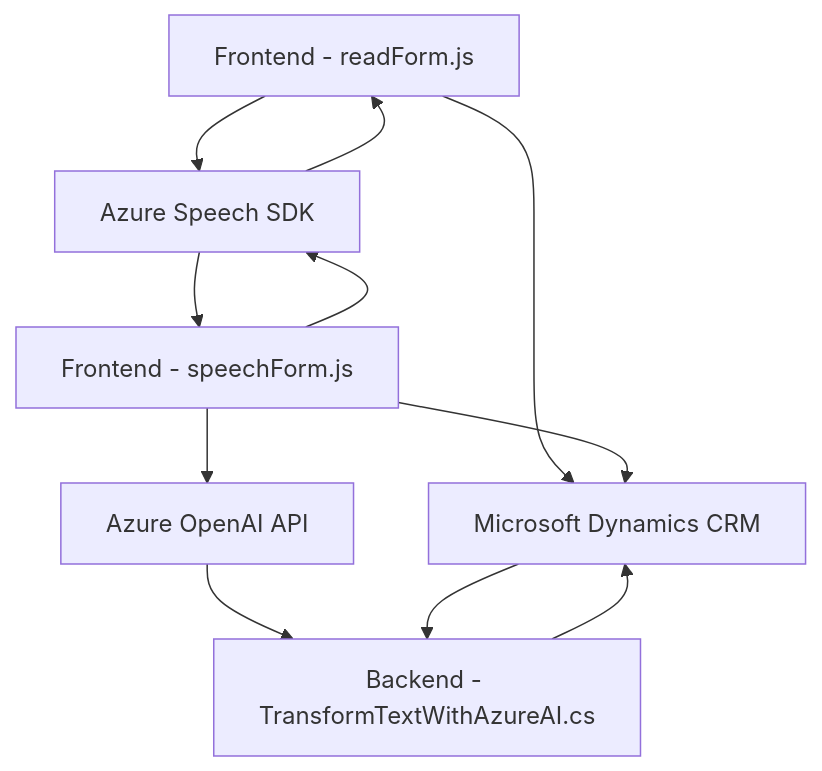
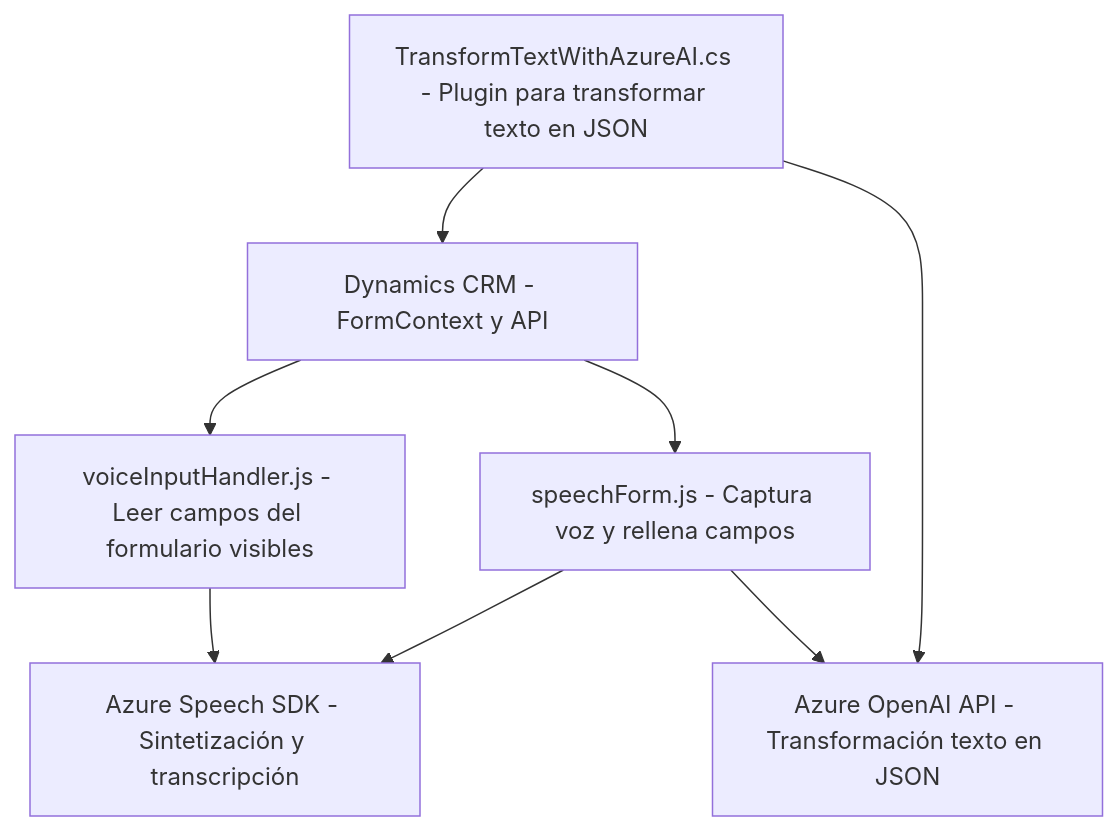
Before and after one commit to blopezdm/NETCORE_BILBAO2025: the diagram in README.md, drawn with Mermaid. The commit also changed other lines of this file, not shown here.

````diff
--- a/README.md
+++ b/README.md
@@ -43,20 +40,17 @@
 ```mermaid
 graph TD
-    A["Frontend - readForm.js"]
-    B["Frontend - speechForm.js"]
-    C["Backend - TransformTextWithAzureAI.cs"]
-    D["Azure Speech SDK"]
-    E["Azure OpenAI API"]
-    F["Microsoft Dynamics CRM"]
+    A["voiceInputHandler.js - Leer campos del formulario visibles"]
+    B["speechForm.js - Captura voz y rellena campos"]
+    C["TransformTextWithAzureAI.cs - Plugin para transformar texto en JSON"]
+    D["Azure Speech SDK - Sintetización y transcripción"]
+    E["Azure OpenAI API - Transformación texto en JSON"]
+    F["Dynamics CRM - FormContext y API"]
 
     A --> D
     B --> D
-    A --> F
-    B --> F
-    D --> A
-    D --> B
     B --> E
-    E --> C
     C --> F
-    F --> C
+    C --> E
+    F --> A
+    F --> B
 ```
````
